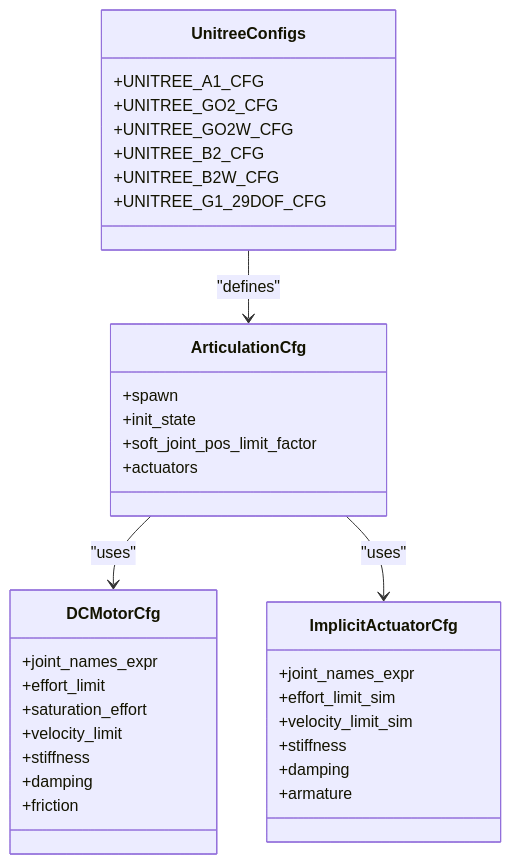
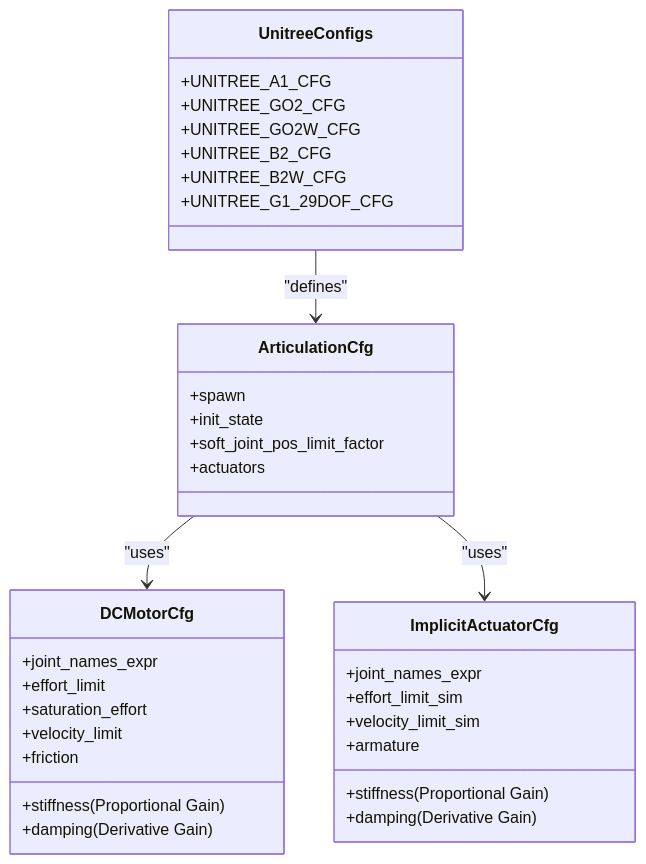
One commit to jayjayhust/robot_lab changed the third of 8 diagrams in .qoder/repowiki/en/content/Asset Management System/Robot Asset Configuration.md. Above: the diagram before and after it, drawn with Mermaid. The commit also changed other lines of this file and 6 other files, not shown here.

````diff
--- a/.qoder/repowiki/en/content/Asset Management System/Robot Asset Configuration.md
+++ b/.qoder/repowiki/en/content/Asset Management System/Robot Asset Configuration.md
@@ -159,37 +153,37 @@
 ```mermaid
 classDiagram
 class ArticulationCfg {
 +spawn
 +init_state
 +soft_joint_pos_limit_factor
 +actuators
 }
 class DCMotorCfg {
 +joint_names_expr
 +effort_limit
 +saturation_effort
 +velocity_limit
-+stiffness
-+damping
++stiffness (Proportional Gain)
++damping (Derivative Gain)
 +friction
 }
 class ImplicitActuatorCfg {
 +joint_names_expr
 +effort_limit_sim
 +velocity_limit_sim
-+stiffness
-+damping
++stiffness (Proportional Gain)
++damping (Derivative Gain)
 +armature
 }
 class UnitreeConfigs {
 +UNITREE_A1_CFG
 +UNITREE_GO2_CFG
 +UNITREE_GO2W_CFG
 +UNITREE_B2_CFG
 +UNITREE_B2W_CFG
 +UNITREE_G1_29DOF_CFG
 }
 UnitreeConfigs --> ArticulationCfg : "defines"
 ArticulationCfg --> DCMotorCfg : "uses"
 ArticulationCfg --> ImplicitActuatorCfg : "uses"
 ```
````
